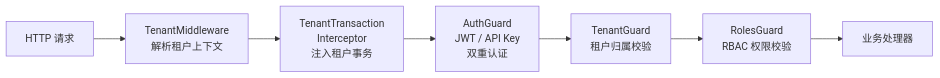
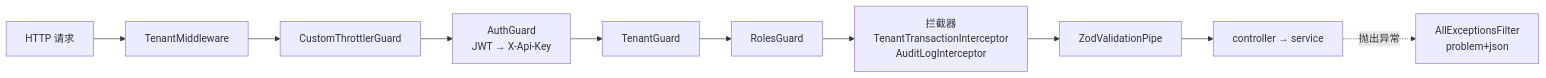
Before and after one commit to Lynricsy/AgentLoom: the second of 3 diagrams in agentloom-docs/dev/architecture.md, drawn with Mermaid. The commit also changed other lines of this file and 24 other files, not shown here.

````diff
--- a/agentloom-docs/dev/architecture.md
+++ b/agentloom-docs/dev/architecture.md
@@ -164,9 +74,12 @@
 ```mermaid
 flowchart LR
-    Req["HTTP 请求"] --> TM["TenantMiddleware<br/>解析租户上下文"]
-    TM --> TTI["TenantTransaction<br/>Interceptor<br/>注入租户事务"]
-    TTI --> AG["AuthGuard<br/>JWT / API Key<br/>双重认证"]
-    AG --> TG["TenantGuard<br/>租户归属校验"]
-    TG --> RG["RolesGuard<br/>RBAC 权限校验"]
-    RG --> Handler["业务处理器"]
+    Req["HTTP 请求"] --> TM["TenantMiddleware"]
+    TM --> G1["CustomThrottlerGuard"]
+    G1 --> G2["AuthGuard<br/>JWT → X-Api-Key"]
+    G2 --> G3["TenantGuard"]
+    G3 --> G4["RolesGuard"]
+    G4 --> I["拦截器<br/>TenantTransactionInterceptor<br/>AuditLogInterceptor"]
+    I --> P["ZodValidationPipe"]
+    P --> H["controller → service"]
+    H -.->|"抛出异常"| F["AllExceptionsFilter<br/>problem+json"]
 ```
````
